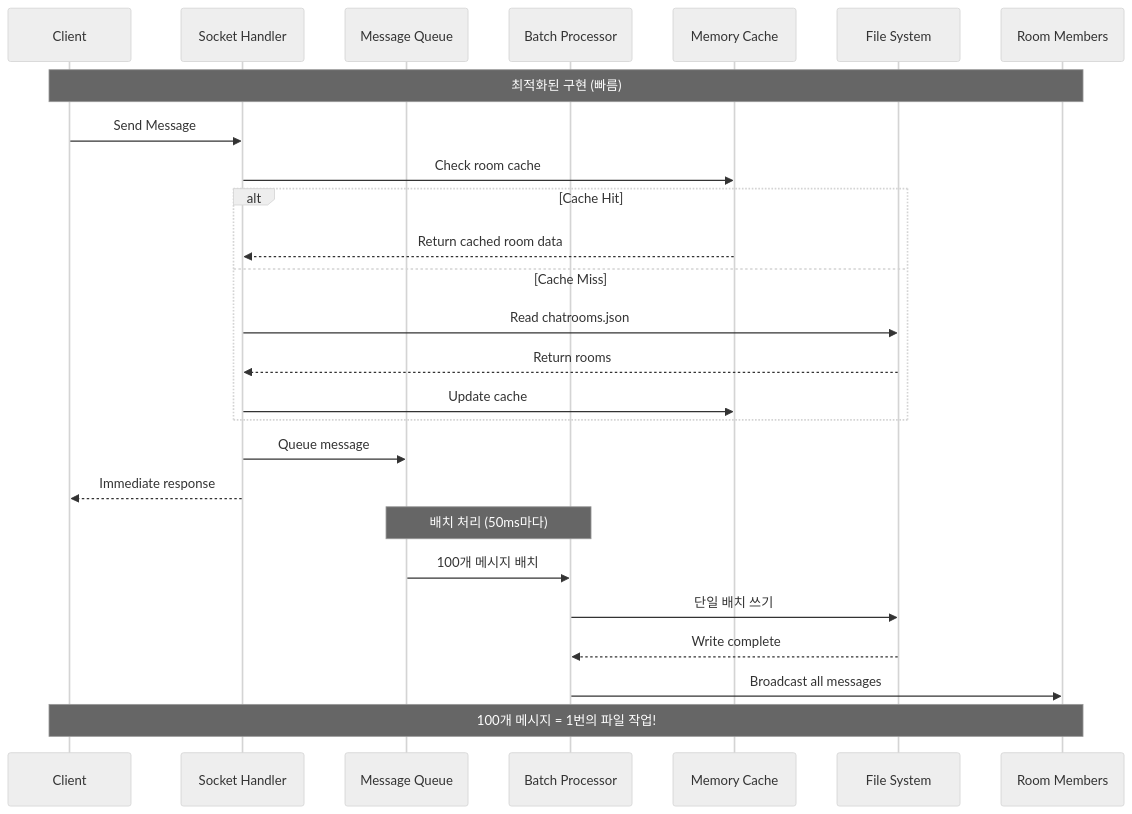
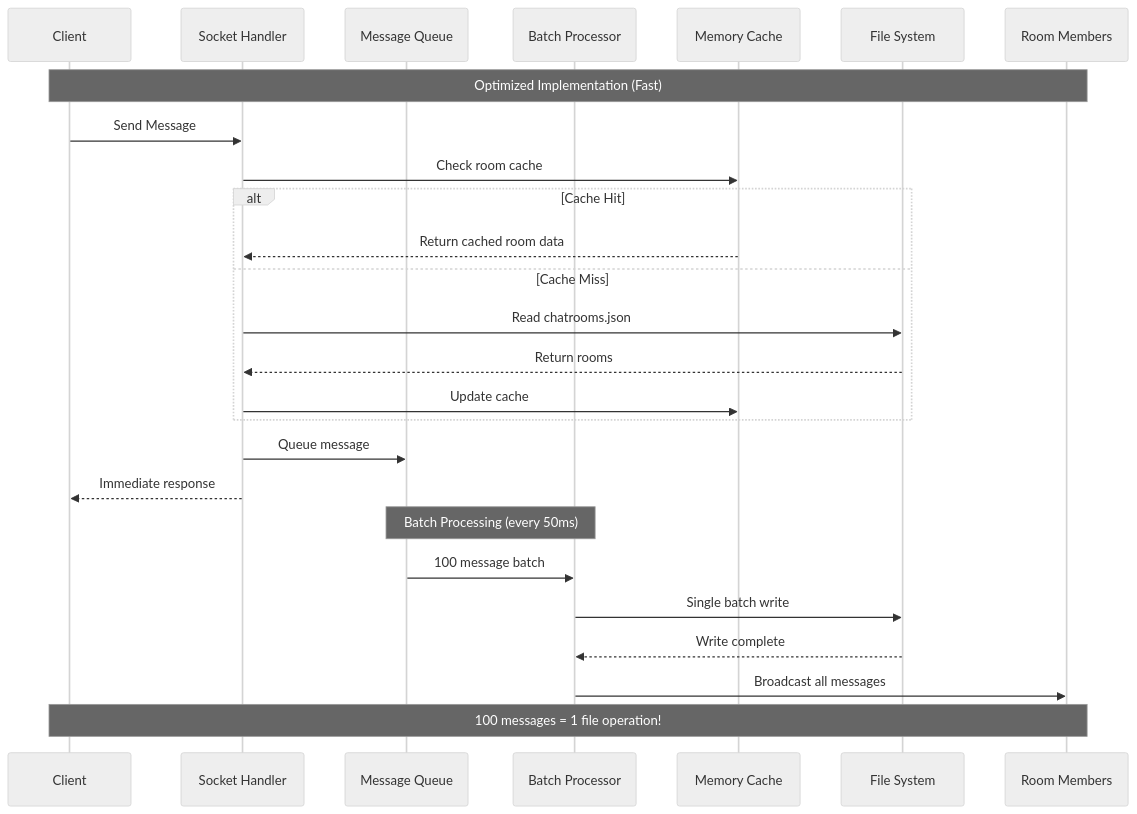
Before and after one commit to JeEonPark/observability-minitalk: the fourth of 4 diagrams in FINAL_PERFORMANCE_SOLUTION.md, drawn with Mermaid (neutral theme). The commit also changed other lines of this file and 1 other file, not shown here.

````diff
--- a/FINAL_PERFORMANCE_SOLUTION.md
+++ b/FINAL_PERFORMANCE_SOLUTION.md
@@ -414,32 +414,32 @@
 ```mermaid
 sequenceDiagram
     participant C as Client
     participant S as Socket Handler
     participant Q as Message Queue
     participant P as Batch Processor
     participant Cache as Memory Cache
     participant F as File System
     participant R as Room Members
     
-    Note over C,R: 최적화된 구현 (빠름)
+    Note over C,R: Optimized Implementation (Fast)
     
     C->>S: Send Message
     S->>Cache: Check room cache
     alt Cache Hit
         Cache-->>S: Return cached room data
     else Cache Miss
         S->>F: Read chatrooms.json
         F-->>S: Return rooms
         S->>Cache: Update cache
     end
     S->>Q: Queue message
     S-->>C: Immediate response
     
-    Note over Q,P: 배치 처리 (50ms마다)
-    Q->>P: 100개 메시지 배치
-    P->>F: 단일 배치 쓰기
+    Note over Q,P: Batch Processing (every 50ms)
+    Q->>P: 100 message batch
+    P->>F: Single batch write
     F-->>P: Write complete
     P->>R: Broadcast all messages
     
-    Note over C,R: 100개 메시지 = 1번의 파일 작업!
+    Note over C,R: 100 messages = 1 file operation!
 ```
````
